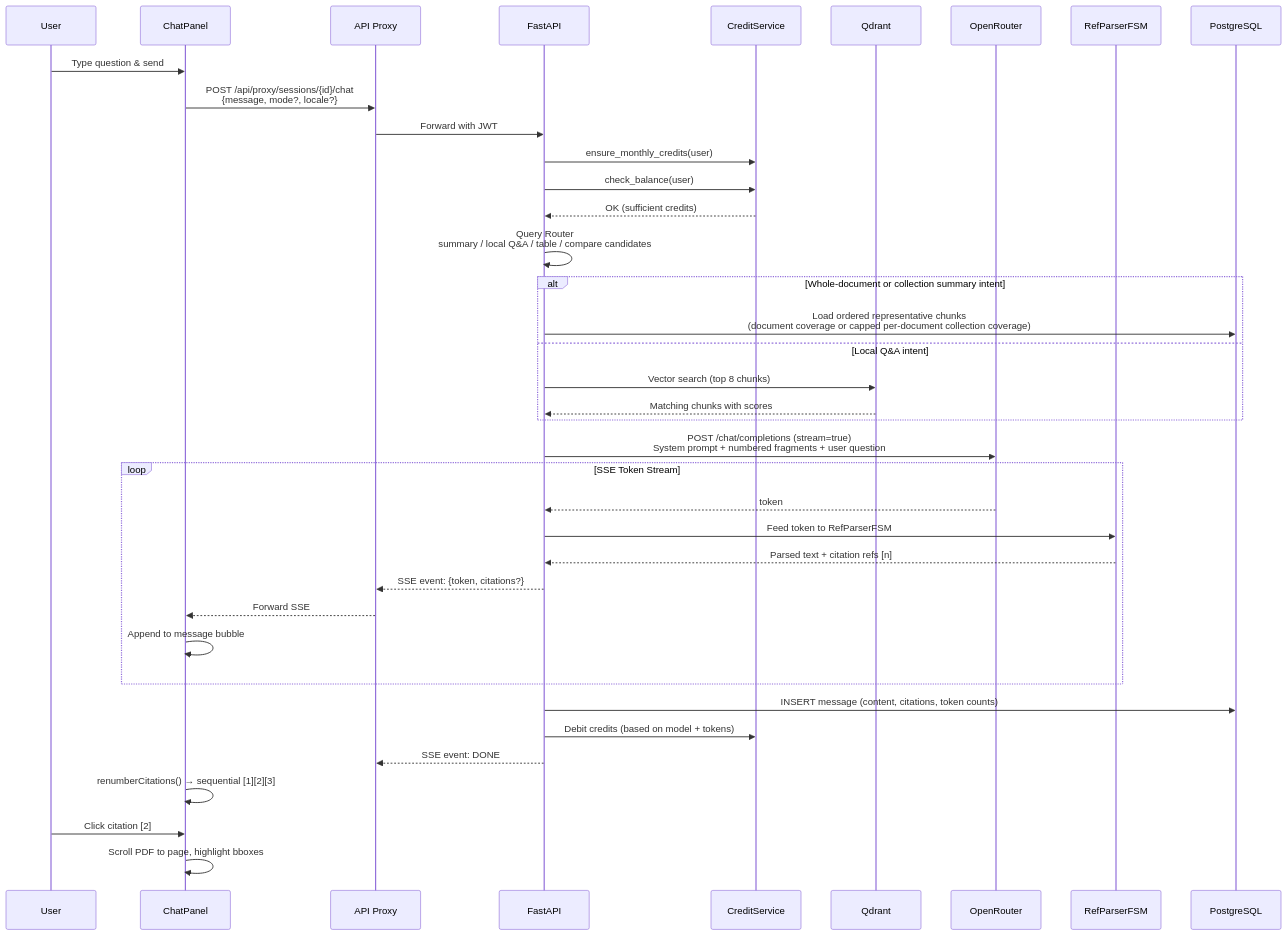
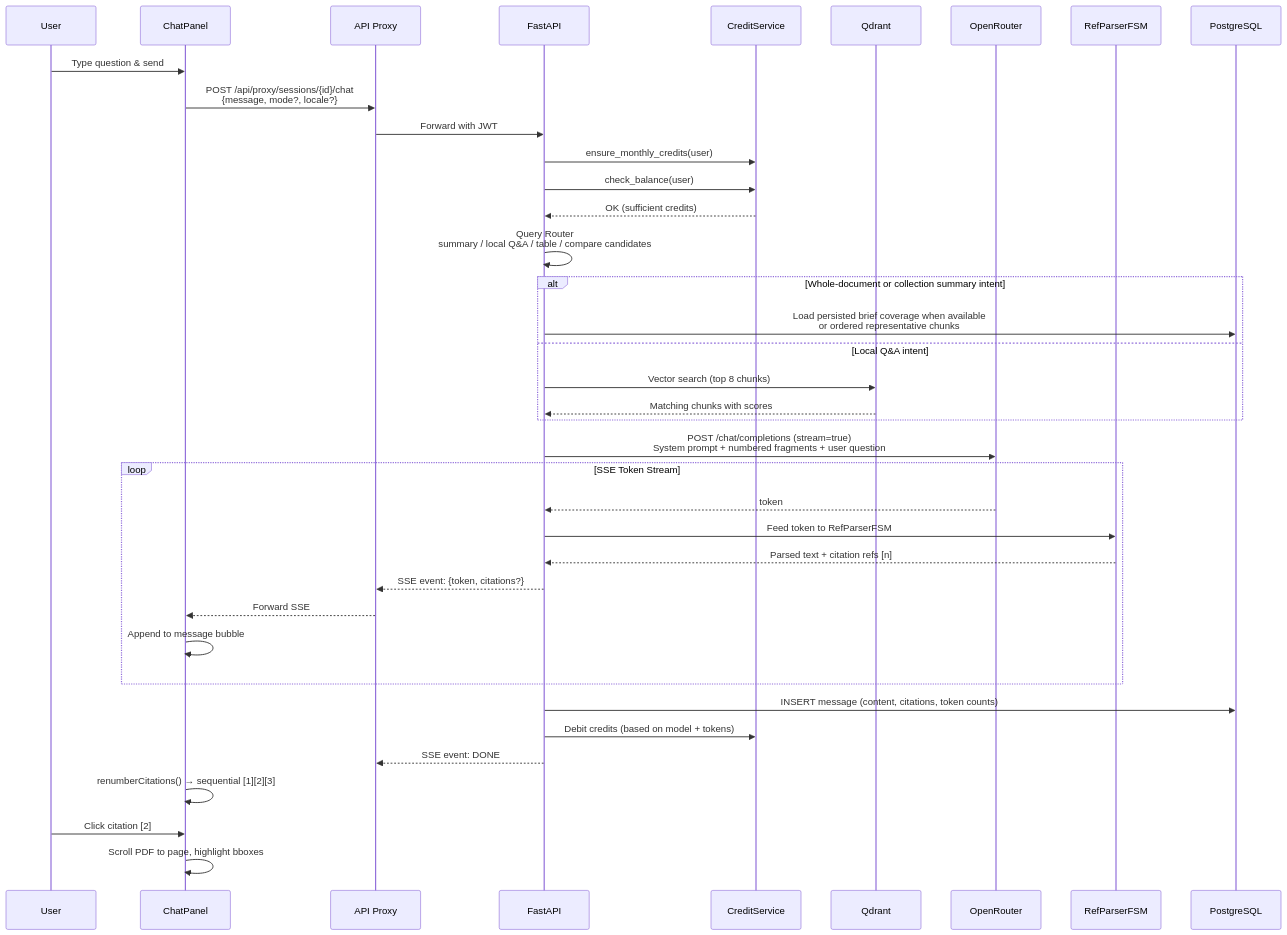
One commit to Rswcf/DocTalk changed the third of 9 diagrams in docs/ARCHITECTURE.md. Above: the diagram before and after it, drawn with Mermaid. The commit also changed other lines of this file and 40 other files, not shown here.

Commit message:
feat(brief): add hierarchical document briefs

````diff
--- a/docs/ARCHITECTURE.md
+++ b/docs/ARCHITECTURE.md
@@ -152,46 +152,46 @@
 ```mermaid
 sequenceDiagram
     participant U as User
     participant CP as ChatPanel
     participant P as API Proxy
     participant API as FastAPI
     participant CS as CreditService
     participant Q as Qdrant
     participant OR as OpenRouter
     participant FSM as RefParserFSM
     participant DB as PostgreSQL
 
     U->>CP: Type question & send
     CP->>P: POST /api/proxy/sessions/{id}/chat<br/>{message, mode?, locale?}
     P->>API: Forward with JWT
 
     API->>CS: ensure_monthly_credits(user)
     API->>CS: check_balance(user)
     CS-->>API: OK (sufficient credits)
 
     API->>API: Query Router<br/>summary / local Q&A / table / compare candidates
     alt Whole-document or collection summary intent
-        API->>DB: Load ordered representative chunks<br/>(document coverage or capped per-document collection coverage)
+        API->>DB: Load persisted brief coverage when available<br/>or ordered representative chunks
     else Local Q&A intent
         API->>Q: Vector search (top 8 chunks)
         Q-->>API: Matching chunks with scores
     end
 
     API->>OR: POST /chat/completions (stream=true)<br/>System prompt + numbered fragments + user question
 
     loop SSE Token Stream
         OR-->>API: token
         API->>FSM: Feed token to RefParserFSM
         FSM-->>API: Parsed text + citation refs [n]
         API-->>P: SSE event: {token, citations?}
         P-->>CP: Forward SSE
         CP->>CP: Append to message bubble
     end
 
     API->>DB: INSERT message (content, citations, token counts)
     API->>CS: Debit credits (based on model + tokens)
     API-->>P: SSE event: DONE
     CP->>CP: renumberCitations() → sequential [1][2][3]
     U->>CP: Click citation [2]
     CP->>CP: Scroll PDF to page, highlight bboxes
 ```
````
